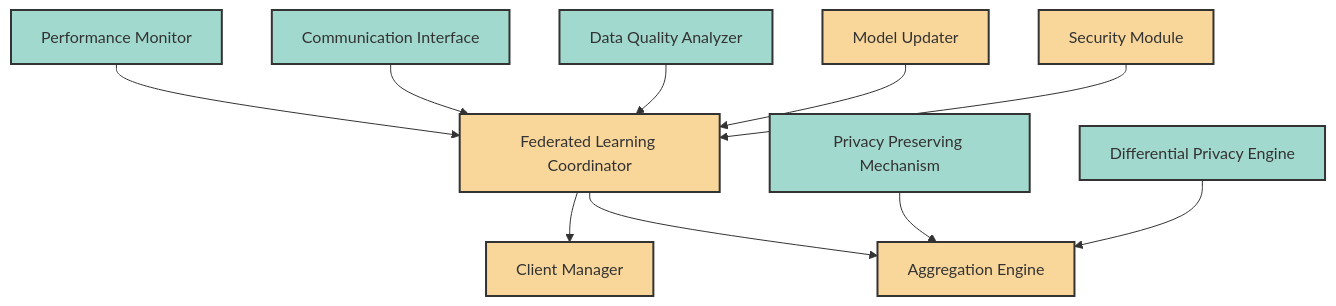
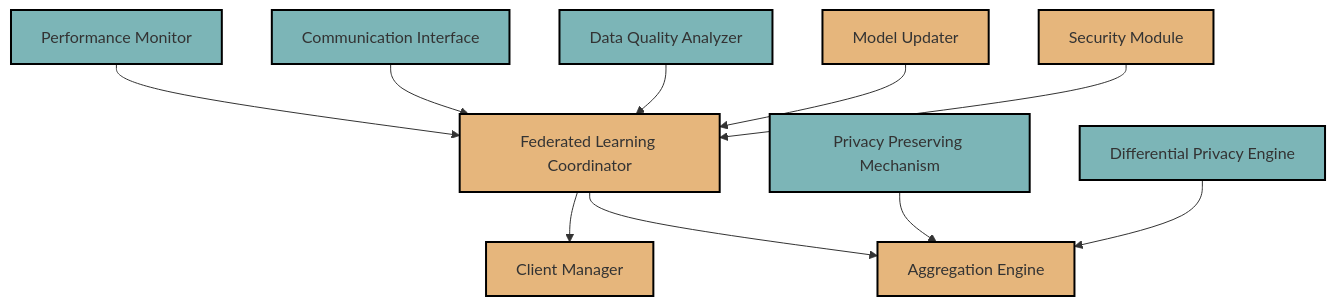
The diagram in crates/federated-learning/README.md (doziestar/EdgeAIForge), drawn with Mermaid before and after one commit.

````diff
--- a/crates/federated-learning/README.md
+++ b/crates/federated-learning/README.md
@@ -9,18 +9,18 @@
 ```mermaid
 graph TB
     A[Federated Learning Coordinator] --> B[Aggregation Engine]
     A --> C[Client Manager]
     D[Security Module] --> A
     E[Model Updater] --> A
     F[Data Quality Analyzer] --> A
     G[Communication Interface] --> A
     H[Performance Monitor] --> A
     I[Privacy Preserving Mechanism] --> B
     J[Differential Privacy Engine] --> B
 
-    classDef core fill:#f9d79b,stroke:#333,stroke-width:2px;
-    classDef auxiliary fill:#a2d9ce,stroke:#333,stroke-width:2px;
+    classDef core fill:#e6b67c,stroke:#000,stroke-width:2px;
+    classDef auxiliary fill:#7cb5b7,stroke:#000,stroke-width:2px;
 
     class A,B,C,D,E core;
     class F,G,H,I,J auxiliary;
 ```
````
